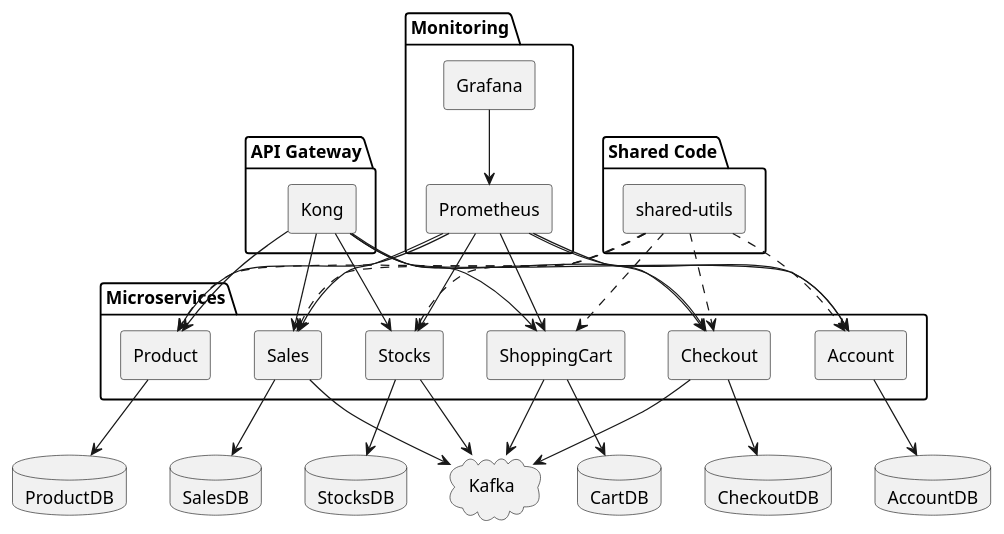
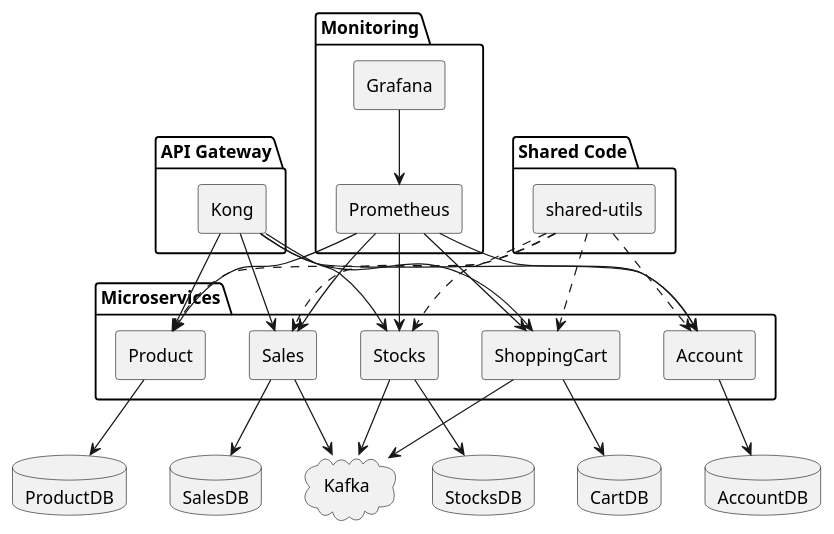
The diagram in docs/UML/component.puml (ThePhobosDeimosSuite/laboratoire-0_log430), drawn with PlantUML before and after one commit. The commit also changed 20 other files, not shown here.

```diff
--- a/docs/UML/component.puml
+++ b/docs/UML/component.puml
@@ -1,73 +1,66 @@
 @startuml component
 skinparam componentStyle rectangle
 skinparam defaultTextAlignment center
 
 package "API Gateway" {
   [Kong]
 }
 
 package "Monitoring" {
   [Prometheus]
   [Grafana]
 }
 
 package "Shared Code" {
   [shared-utils] as SharedUtils
 }
 
 cloud "Kafka" {
 }
 
 package "Microservices" {
   component Product
   component Sales
   component Stocks
   component Account
   component ShoppingCart
-  component Checkout
 }
 
 database "ProductDB" as dbProduct
 database "SalesDB" as dbSales
 database "StocksDB" as dbStocks
 database "AccountDB" as dbAccount
 database "CartDB" as dbCart
-database "CheckoutDB" as dbCheckout
 
 
 Kong --> Product
 Kong --> Sales
 Kong --> Stocks
 Kong --> Account
 Kong --> ShoppingCart
-Kong --> Checkout
 
 SharedUtils ..> Product
 SharedUtils ..> Sales
 SharedUtils ..> Stocks
 SharedUtils ..> Account
 SharedUtils ..> ShoppingCart
-SharedUtils ..> Checkout
 
 Product --> dbProduct
 Sales --> dbSales
 Stocks --> dbStocks
 Account --> dbAccount
 ShoppingCart --> dbCart
-Checkout --> dbCheckout
 
 Sales --> Kafka
 Stocks --> Kafka
 ShoppingCart --> Kafka
-Checkout --> Kafka
 
 Prometheus --> Product
 Prometheus --> Sales
 Prometheus --> Stocks
 Prometheus --> Account
 Prometheus --> ShoppingCart
-Prometheus --> Checkout
 
 Grafana --> Prometheus
 
 @enduml
```
